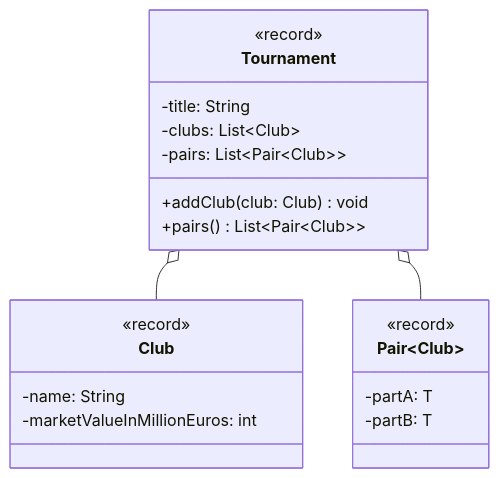
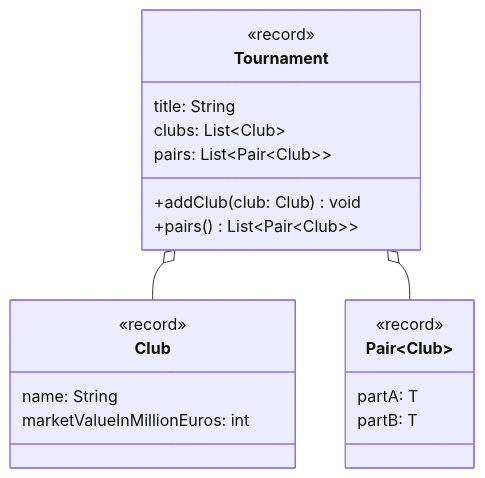
Before and after one commit to jappuccini/java-docs: the diagram in docs/exercises/generics/generics04.mdx, drawn with Mermaid. The commit also changed 33 other files, not shown here.

````diff
--- a/docs/exercises/generics/generics04.mdx
+++ b/docs/exercises/generics/generics04.mdx
@@ -15,26 +15,26 @@
 ```mermaid
 classDiagram
     Tournament o-- Club
     Tournament o-- Pair~Club~
 
     class Pair~Club~ {
         <<record>>
-        -partA: T
-        -partB: T
+        partA: T
+        partB: T
     }
 
     class Tournament {
         <<record>>
-        -title: String
-        -clubs: List~Club~
-        -pairs: List~Pair~Club~~
+        title: String
+        clubs: List~Club~
+        pairs: List~Pair~Club~~
         +addClub(club: Club) void
         +pairs() List~Pair~Club~~
     }
 
     class Club {
         <<record>>
-        -name: String
-        -marketValueInMillionEuros: int
+        name: String
+        marketValueInMillionEuros: int
     }
 ```
````
